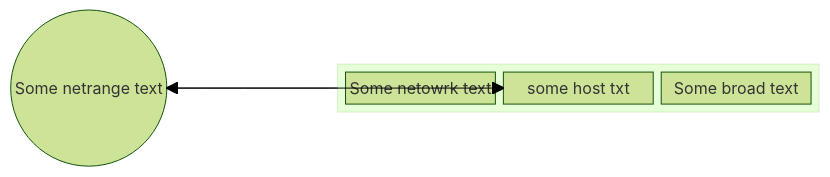
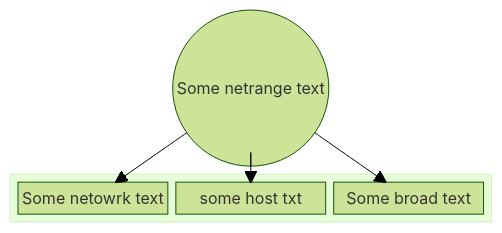
One commit to ShaharNaveh/ShaharNaveh.github.io changed the diagram in content/blog/practical-networking-guide/index.md. Above: the diagram before and after it, drawn with Mermaid (forest theme).

````diff
--- a/content/blog/practical-networking-guide/index.md
+++ b/content/blog/practical-networking-guide/index.md
@@ -52,13 +52,14 @@
 ```mermaid
 block-beta
-columns 3
+columns 1
   netrange(("Some netrange text"))
   block:segments
     network["Some netowrk text"]
     host["some host txt"]
     broadcast["Some broad text"]
   end
   space
-  segments --> netrange
+  netrange --> network
   netrange --> host
+  netrange --> broadcast
 ```
````
